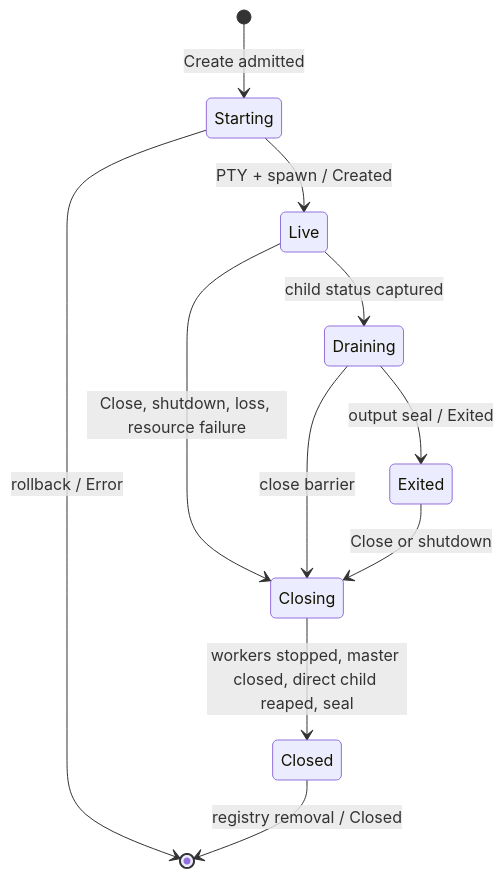
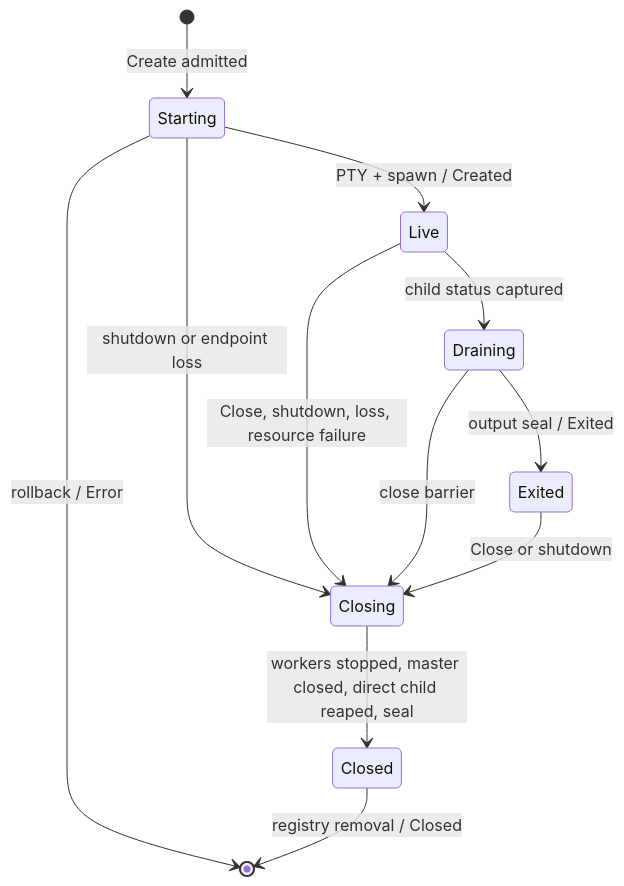
One commit to weshofmann/agent-vision changed the first of 2 diagrams in docs/superpowers/specs/2026-09-26-go-core-architecture-design.md. Above: the diagram before and after it, drawn with Mermaid. The commit also changed other lines of this file and 9 other files, not shown here.

Commit message:
docs: resolve Go core architecture review R1 through R4

````diff
--- a/docs/superpowers/specs/2026-09-26-go-core-architecture-design.md
+++ b/docs/superpowers/specs/2026-09-26-go-core-architecture-design.md
@@ -151,13 +162,14 @@
 ```mermaid
 stateDiagram-v2
     [*] --> Starting: Create admitted
     Starting --> Live: PTY + spawn / Created
     Starting --> [*]: rollback / Error
+    Starting --> Closing: shutdown or endpoint loss
     Live --> Draining: child status captured
     Live --> Closing: Close, shutdown, loss, resource failure
     Draining --> Exited: output seal / Exited
     Draining --> Closing: close barrier
     Exited --> Closing: Close or shutdown
     Closing --> Closed: workers stopped, master closed, direct child reaped, seal
     Closed --> [*]: registry removal / Closed
 ```
````
